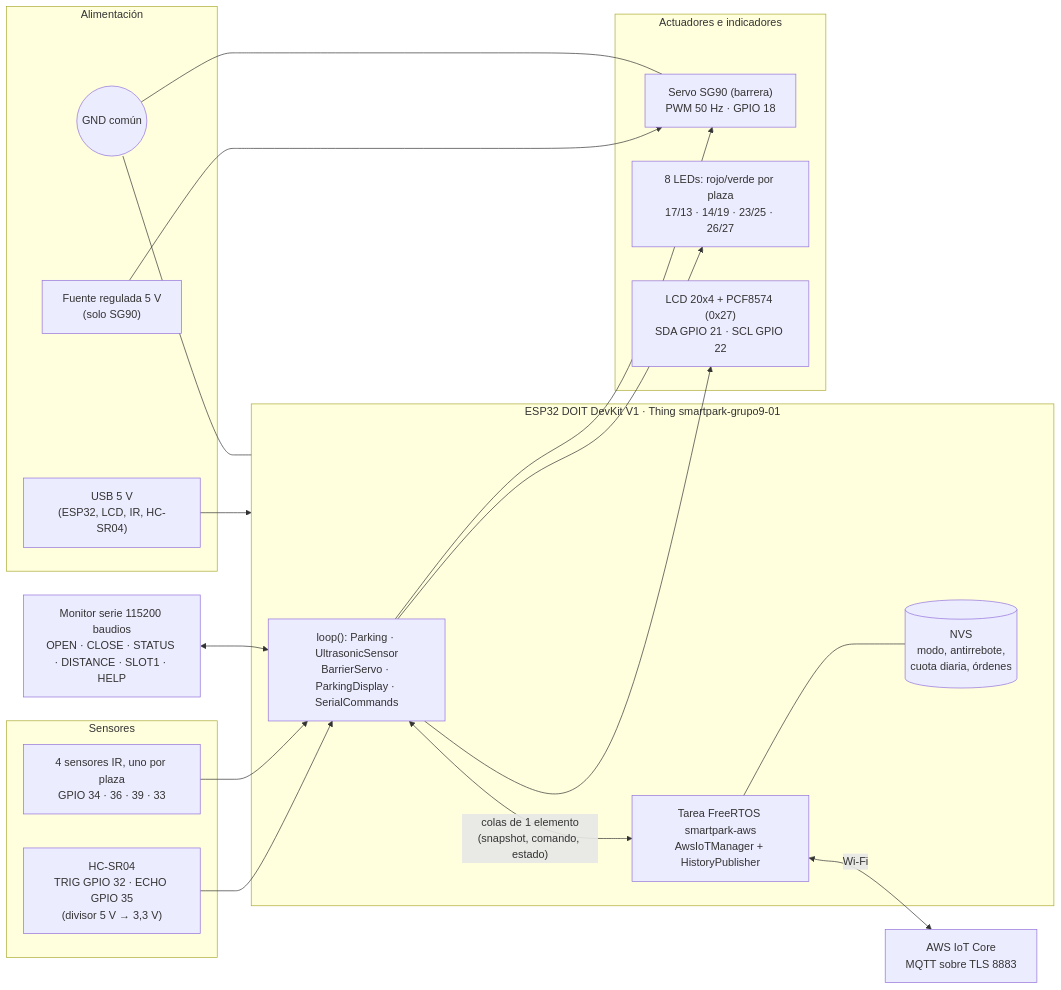
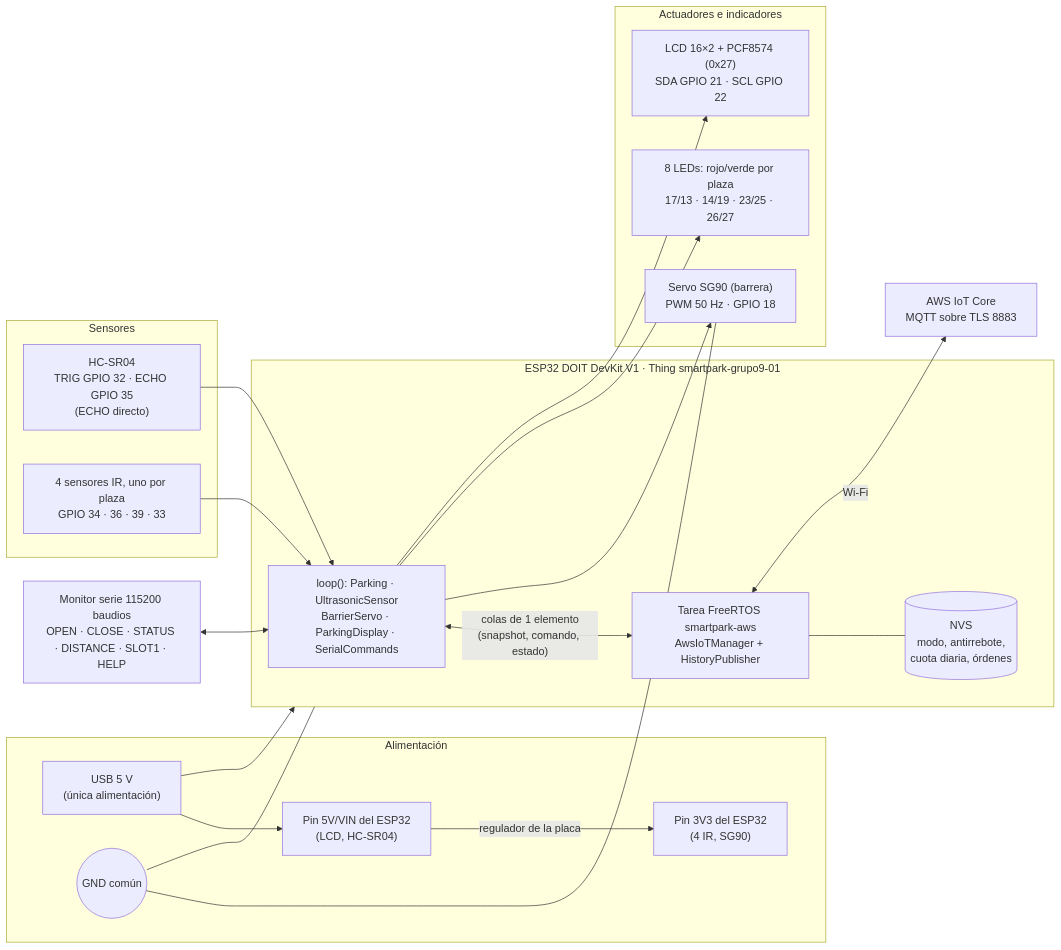
Before and after one commit to ciriarte-dev/smartpark-iot-practice-4-aws-alexa: the diagram in docs/diagrams/01-bloques.mmd, drawn with Mermaid. The commit also changed 1 other file, not shown here.

Commit message:
docs: update block diagram power supply

```diff
--- a/docs/diagrams/01-bloques.mmd
+++ b/docs/diagrams/01-bloques.mmd
@@ -1,36 +1,38 @@
 flowchart LR
     subgraph PWR["Alimentación"]
-        USB["USB 5 V<br/>(ESP32, LCD, IR, HC-SR04)"]
-        EXT["Fuente regulada 5 V<br/>(solo SG90)"]
+        USB["USB 5 V<br/>(única alimentación)"]
+        V5["Pin 5V/VIN del ESP32<br/>(LCD, HC-SR04)"]
+        V33["Pin 3V3 del ESP32<br/>(4 IR, SG90)"]
         GND(("GND común"))
     end
     subgraph SENS["Sensores"]
-        US["HC-SR04<br/>TRIG GPIO 32 · ECHO GPIO 35<br/>(divisor 5 V → 3,3 V)"]
+        US["HC-SR04<br/>TRIG GPIO 32 · ECHO GPIO 35<br/>(ECHO directo)"]
         IR["4 sensores IR, uno por plaza<br/>GPIO 34 · 36 · 39 · 33"]
     end
     subgraph MCU["ESP32 DOIT DevKit V1 · Thing smartpark-grupo9-01"]
         LOOP["loop(): Parking · UltrasonicSensor<br/>BarrierServo · ParkingDisplay · SerialCommands"]
         TASK["Tarea FreeRTOS smartpark-aws<br/>AwsIoTManager + HistoryPublisher"]
         NVS[("NVS<br/>modo, antirrebote,<br/>cuota diaria, órdenes")]
         LOOP <-- "colas de 1 elemento<br/>(snapshot, comando, estado)" --> TASK
         TASK --- NVS
     end
     subgraph ACT["Actuadores e indicadores"]
         SERVO["Servo SG90 (barrera)<br/>PWM 50 Hz · GPIO 18"]
         LEDS["8 LEDs: rojo/verde por plaza<br/>17/13 · 14/19 · 23/25 · 26/27"]
-        LCD["LCD 20x4 + PCF8574 (0x27)<br/>SDA GPIO 21 · SCL GPIO 22"]
+        LCD["LCD 16×2 + PCF8574 (0x27)<br/>SDA GPIO 21 · SCL GPIO 22"]
     end
     CLOUD["AWS IoT Core<br/>MQTT sobre TLS 8883"]
     PC["Monitor serie 115200 baudios<br/>OPEN · CLOSE · STATUS · DISTANCE · SLOT1 · HELP"]
 
     US --> LOOP
     IR --> LOOP
     LOOP --> SERVO
     LOOP --> LEDS
     LOOP --> LCD
     TASK <-- "Wi-Fi" --> CLOUD
     PC <--> LOOP
     USB --> MCU
-    EXT --> SERVO
+    USB --> V5
+    V5 -- "regulador de la placa" --> V33
     GND --- MCU
     GND --- SERVO
```
